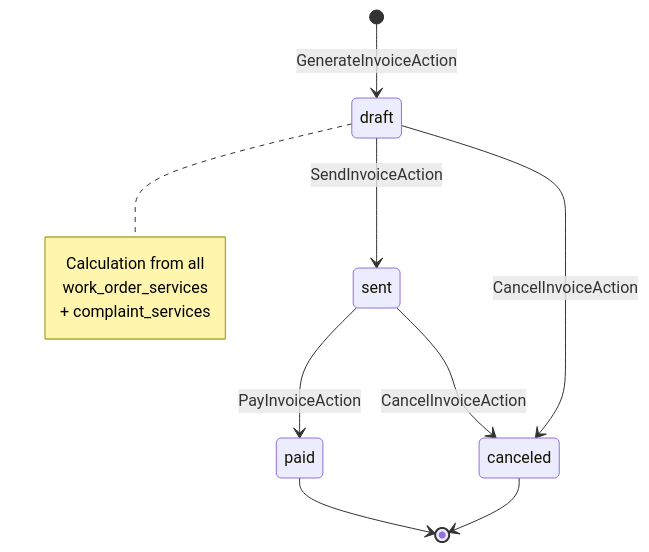
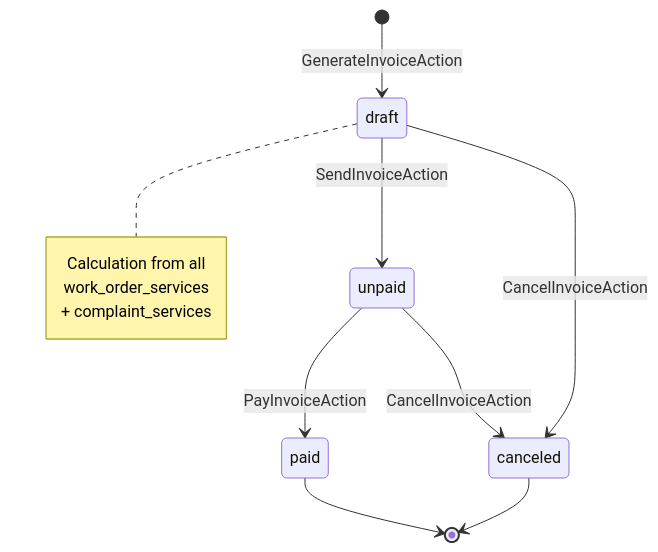
Before and after one commit to dharmasaputraa/car-workshop: the sixth of 7 diagrams in docs/architecture-en.md, drawn with Mermaid. The commit also changed other lines of this file and 1 other file, not shown here.

Commit message:
docs: sync ERD and state machines with actual codebase implementation

````diff
--- a/docs/architecture-en.md
+++ b/docs/architecture-en.md
@@ -792,19 +801,19 @@
 ```mermaid
 stateDiagram-v2
     [*] --> draft : GenerateInvoiceAction
 
-    draft --> sent : SendInvoiceAction
+    draft --> unpaid : SendInvoiceAction
     note right of draft
         Calculation from all
         work_order_services
         + complaint_services
     end note
 
-    sent --> paid : PayInvoiceAction
-    sent --> canceled : CancelInvoiceAction
+    unpaid --> paid : PayInvoiceAction
+    unpaid --> canceled : CancelInvoiceAction
 
     draft --> canceled : CancelInvoiceAction
 
     paid --> [*]
     canceled --> [*]
 ```
````
